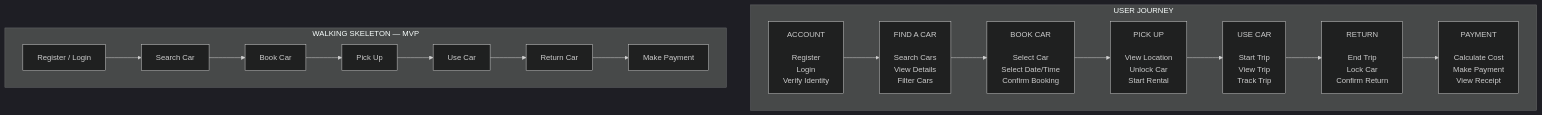
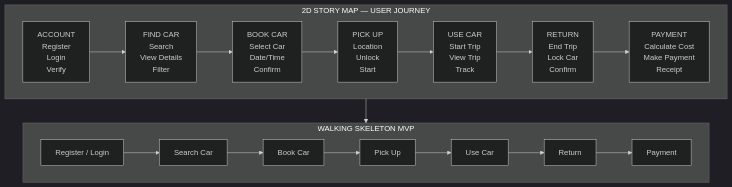
Before and after one commit to aarondampare/LAB-02-Car-share-Store-Map: the diagram in README.md, drawn with Mermaid (dark theme). The commit also changed other lines of this file, not shown here.

Commit message:
Update README for clarity and formatting

````diff
--- a/README.md
+++ b/README.md
@@ -2,31 +2,33 @@
 ```mermaid
 flowchart TB
 
-    subgraph JOURNEY["USER JOURNEY"]
+    subgraph STORY["2D STORY MAP — USER JOURNEY"]
         direction LR
 
-        A["ACCOUNT<br/><br/>Register<br/>Login<br/>Verify Identity"]
-        B["FIND A CAR<br/><br/>Search Cars<br/>View Details<br/>Filter Cars"]
-        C["BOOK CAR<br/><br/>Select Car<br/>Select Date/Time<br/>Confirm Booking"]
-        D["PICK UP<br/><br/>View Location<br/>Unlock Car<br/>Start Rental"]
-        E["USE CAR<br/><br/>Start Trip<br/>View Trip<br/>Track Trip"]
-        F["RETURN<br/><br/>End Trip<br/>Lock Car<br/>Confirm Return"]
-        G["PAYMENT<br/><br/>Calculate Cost<br/>Make Payment<br/>View Receipt"]
+        A["ACCOUNT<br/>Register<br/>Login<br/>Verify"]
+        B["FIND CAR<br/>Search<br/>View Details<br/>Filter"]
+        C["BOOK CAR<br/>Select Car<br/>Date/Time<br/>Confirm"]
+        D["PICK UP<br/>Location<br/>Unlock<br/>Start"]
+        E["USE CAR<br/>Start Trip<br/>View Trip<br/>Track"]
+        F["RETURN<br/>End Trip<br/>Lock Car<br/>Confirm"]
+        G["PAYMENT<br/>Calculate Cost<br/>Make Payment<br/>Receipt"]
 
         A --> B --> C --> D --> E --> F --> G
     end
 
-    subgraph MVP["WALKING SKELETON — MVP"]
+    subgraph MVP["WALKING SKELETON MVP"]
         direction LR
 
         M1["Register / Login"]
         M2["Search Car"]
         M3["Book Car"]
         M4["Pick Up"]
         M5["Use Car"]
-        M6["Return Car"]
-        M7["Make Payment"]
+        M6["Return"]
+        M7["Payment"]
 
         M1 --> M2 --> M3 --> M4 --> M5 --> M6 --> M7
     end
+
+    STORY --> MVP
 ```
````
